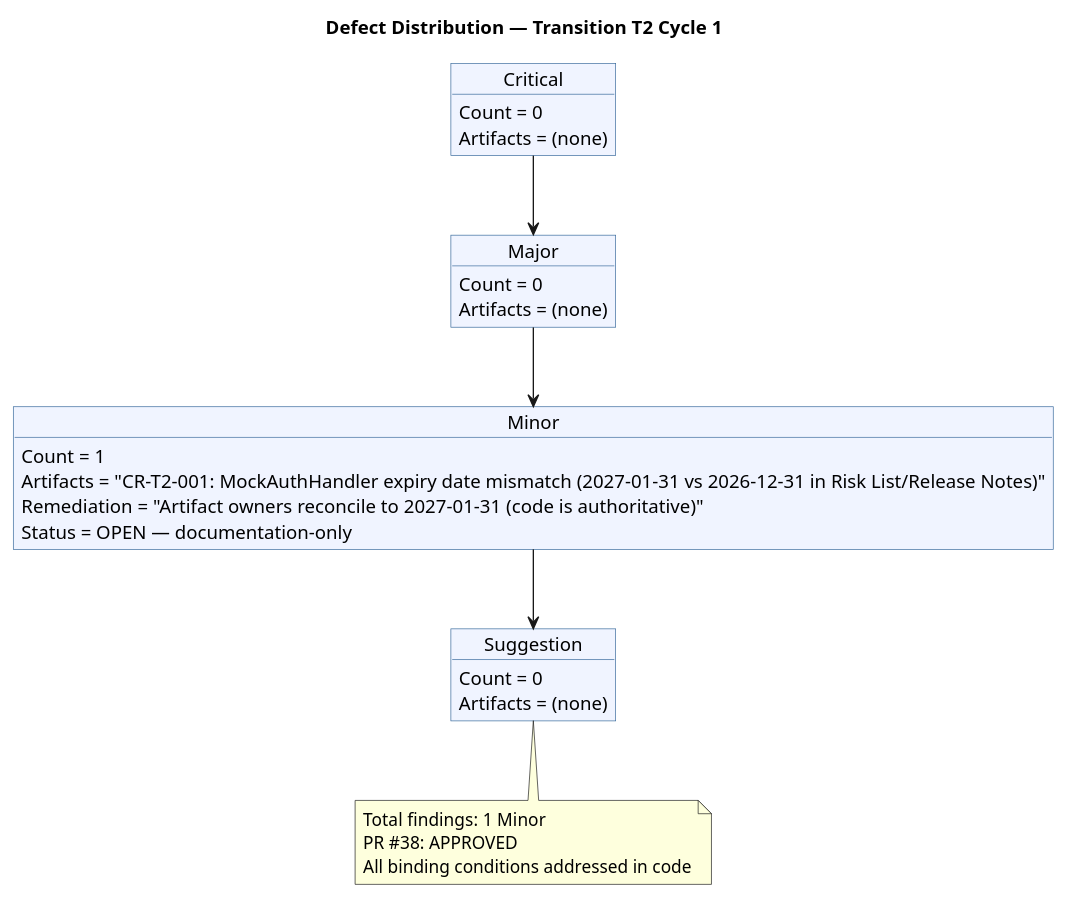
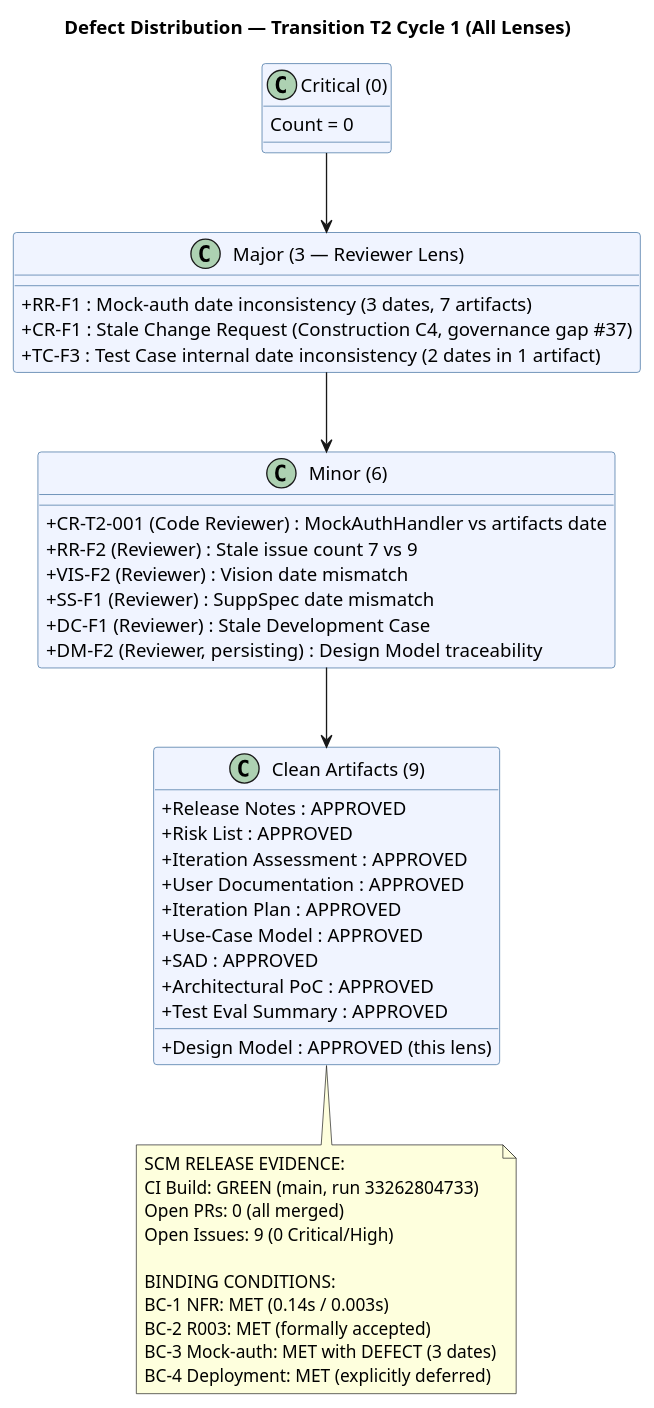
Before and after one commit to banense-test/portal-cuba-corp: the third of 6 diagrams in docs/artifacts/project-management/review-record.md, drawn with PlantUML. The commit also changed other lines of this file, not shown here.

First line of the commit message:
Reviewer [T2]: upsert Review Record

````diff
--- a/docs/artifacts/project-management/review-record.md
+++ b/docs/artifacts/project-management/review-record.md
@@ -153,42 +304,60 @@
 ```plantuml
 @startuml
-title Defect Distribution — Transition T2 Cycle 1
+title Defect Distribution — Transition T2 Cycle 1 (All Lenses)
 
-skinparam objectBackgroundColor #F0F4FF
-skinparam objectBorderColor #336699
+skinparam classAttributeIconSize 0
+skinparam classBackgroundColor #F0F4FF
+skinparam classBorderColor #336699
 skinparam shadowing false
 
-object "Critical" as CR {
+class "Critical (0)" as CR {
   Count = 0
-  Artifacts = (none)
 }
 
-object "Major" as MA {
-  Count = 0
-  Artifacts = (none)
+class "Major (3 — Reviewer Lens)" as MAJ_R {
+  + RR-F1 : Mock-auth date inconsistency (3 dates, 7 artifacts)
+  + CR-F1 : Stale Change Request (Construction C4, governance gap #37)
+  + TC-F3 : Test Case internal date inconsistency (2 dates in 1 artifact)
 }
 
-object "Minor" as MI {
-  Count = 1
-  Artifacts = "CR-T2-001: MockAuthHandler expiry date mismatch (2027-01-31 vs 2026-12-31 in Risk List/Release Notes)"
-  Remediation = "Artifact owners reconcile to 2027-01-31 (code is authoritative)"
-  Status = OPEN — documentation-only
+class "Minor (6)" as MIN {
+  + CR-T2-001 (Code Reviewer) : MockAuthHandler vs artifacts date
+  + RR-F2 (Reviewer) : Stale issue count 7 vs 9
+  + VIS-F2 (Reviewer) : Vision date mismatch
+  + SS-F1 (Reviewer) : SuppSpec date mismatch
+  + DC-F1 (Reviewer) : Stale Development Case
+  + DM-F2 (Reviewer, persisting) : Design Model traceability
 }
 
-object "Suggestion" as SU {
-  Count = 0
-  Artifacts = (none)
+class "Clean Artifacts (9)" as CLEAN {
+  + Release Notes : APPROVED
+  + Risk List : APPROVED
+  + Iteration Assessment : APPROVED
+  + User Documentation : APPROVED
+  + Iteration Plan : APPROVED
+  + Use-Case Model : APPROVED
+  + Design Model : APPROVED (this lens)
+  + SAD : APPROVED
+  + Architectural PoC : APPROVED
+  + Test Eval Summary : APPROVED
 }
 
-CR --> MA
-MA --> MI
-MI --> SU
+CR --> MAJ_R
+MAJ_R --> MIN
+MIN --> CLEAN
 
-note bottom of SU
-  Total findings: 1 Minor
-  PR #38: APPROVED
-  All binding conditions addressed in code
+note bottom of CLEAN
+  SCM RELEASE EVIDENCE:
+  CI Build: GREEN (main, run 33262804733)
+  Open PRs: 0 (all merged)
+  Open Issues: 9 (0 Critical/High)
+  
+  BINDING CONDITIONS:
+  BC-1 NFR: MET (0.14s / 0.003s)
+  BC-2 R003: MET (formally accepted)
+  BC-3 Mock-auth: MET with DEFECT (3 dates)
+  BC-4 Deployment: MET (explicitly deferred)
 end note
 
 @enduml
 ```
````
